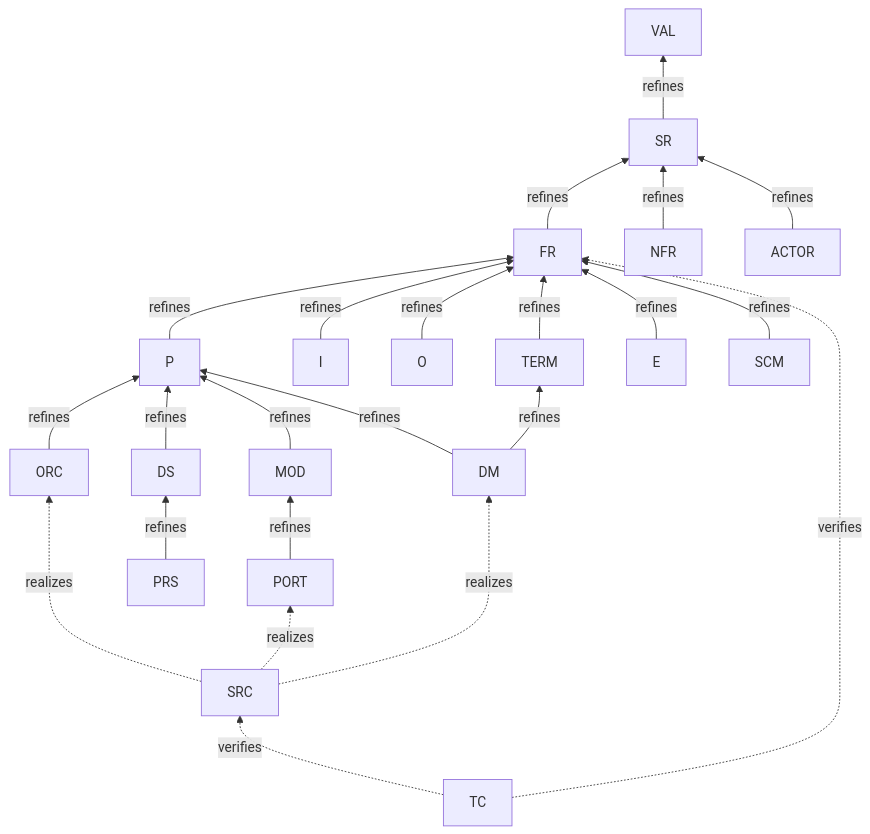
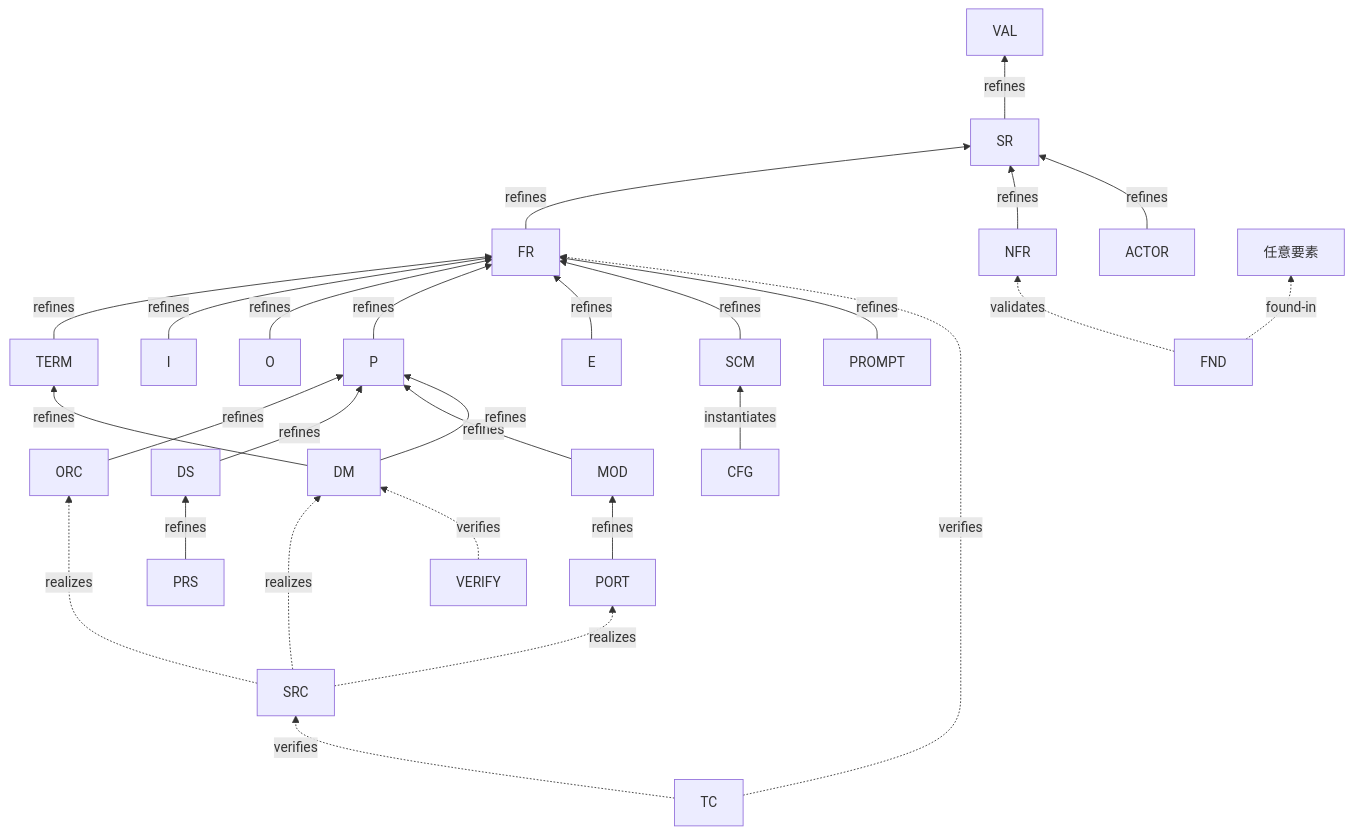
The diagram in docs/doc-system/03-connection-matrix.md (hiratashinnya/review-system), drawn with Mermaid before and after one commit. The commit also changed other lines of this file and 3 other files, not shown here.

````diff
--- a/docs/doc-system/03-connection-matrix.md
+++ b/docs/doc-system/03-connection-matrix.md
@@ -13,25 +16,30 @@
 ```mermaid
 flowchart BT
   SR -->|refines| VAL
   FR -->|refines| SR
   NFR -->|refines| SR
   TERM -->|refines| FR
   ACTOR -->|refines| SR
   I -->|refines| FR
   O -->|refines| FR
   P -->|refines| FR
   E -->|refines| FR
   ORC -->|refines| P
   DS -->|refines| P
   MOD -->|refines| P
   DM -->|refines| TERM
   DM -->|refines| P
   PORT -->|refines| MOD
   PRS -->|refines| DS
   SCM -->|refines| FR
+  CFG -->|instantiates| SCM
+  PROMPT -->|refines| FR
   SRC -.realizes.-> DM
   SRC -.realizes.-> PORT
   SRC -.realizes.-> ORC
   TC -.verifies.-> FR
   TC -.verifies.-> SRC
+  VERIFY -.verifies.-> DM
+  FND -.found-in.-> 任意要素
+  FND -.validates.-> NFR
 ```
````
